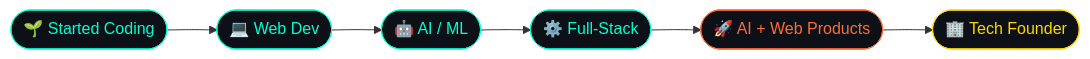
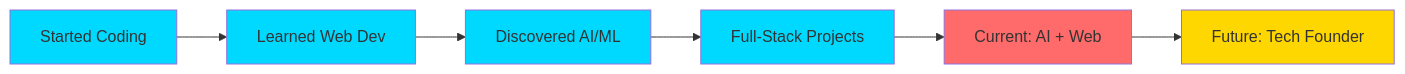
The diagram in README.md (codeby-Vishwajeet/codeby-Vishwajeet), drawn with Mermaid before and after one commit. The commit also changed other lines of this file, not shown here.

````diff
--- a/README.md
+++ b/README.md
@@ -232,15 +185,15 @@
 ```mermaid
 graph LR
-    A([🌱 Started Coding]) --> B([💻 Web Dev])
-    B --> C([🤖 AI / ML])
-    C --> D([⚙️ Full-Stack])
-    D --> E([🚀 AI + Web Products])
-    E --> F([🏢 Tech Founder])
+    A[Started Coding] --> B[Learned Web Dev]
+    B --> C[Discovered AI/ML]
+    C --> D[Full-Stack Projects]
+    D --> E[Current: AI + Web]
+    E --> F[Future: Tech Founder]
 
-    style A fill:#0D1117,stroke:#00FFD1,color:#00FFD1
-    style B fill:#0D1117,stroke:#00FFD1,color:#00FFD1
-    style C fill:#0D1117,stroke:#00FFD1,color:#00FFD1
-    style D fill:#0D1117,stroke:#00FFD1,color:#00FFD1
-    style E fill:#0D1117,stroke:#FF6B35,color:#FF6B35
-    style F fill:#0D1117,stroke:#FFD700,color:#FFD700
+    style A fill:#00D9FF
+    style B fill:#00D9FF
+    style C fill:#00D9FF
+    style D fill:#00D9FF
+    style E fill:#FF6B6B
+    style F fill:#FFD700
 ```
````
